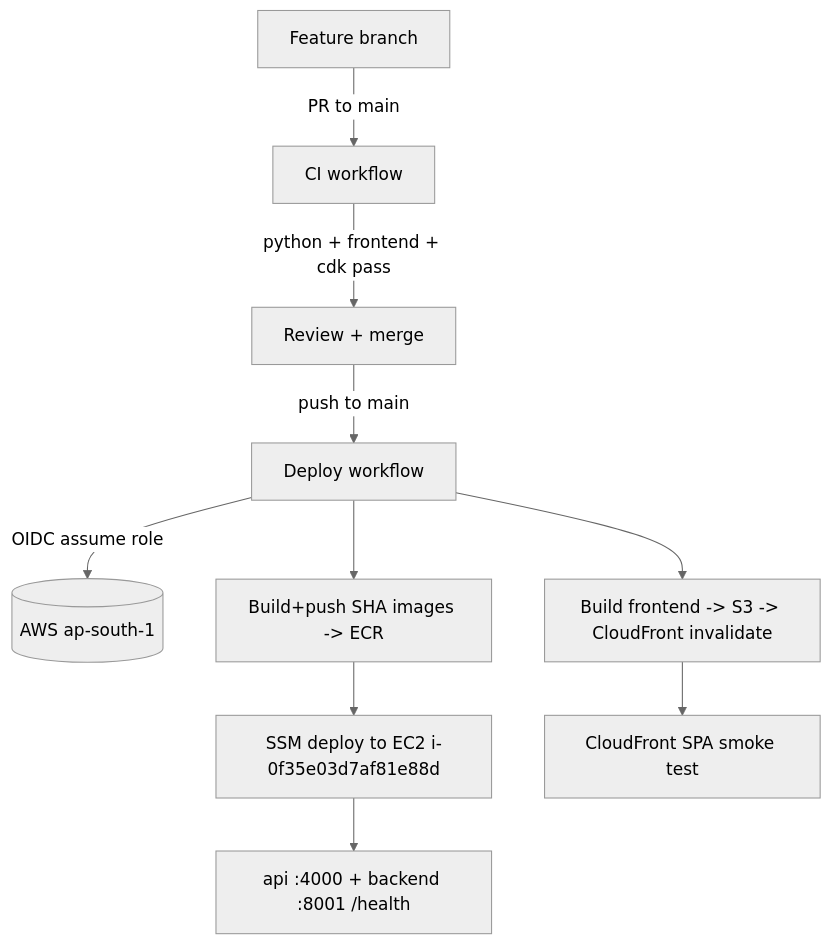
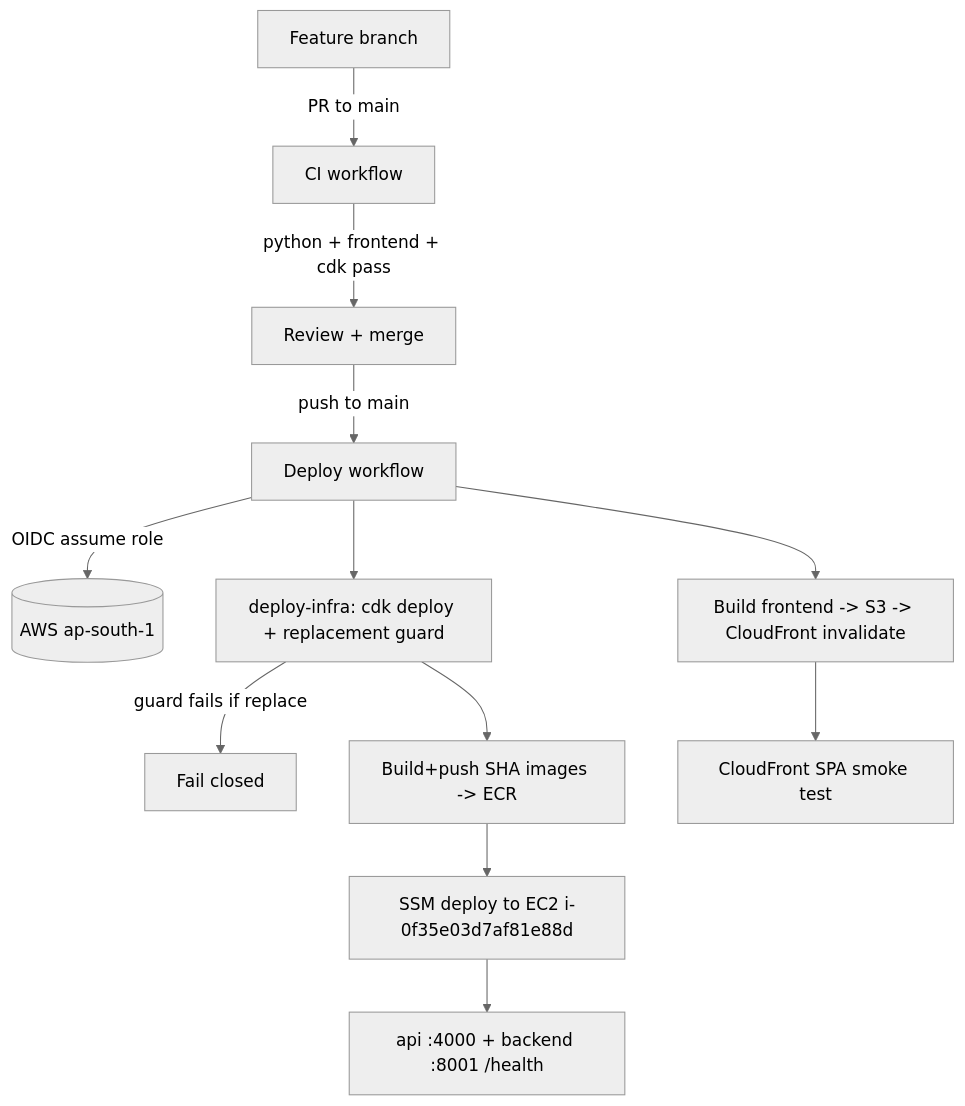
Before and after one commit to ramkrushnazende/ramkrushnazende-cloudnaut-support-desk: the diagram in docs/CI_CD_ARCHITECTURE.md, drawn with Mermaid (neutral theme). The commit also changed other lines of this file and 24 other files, not shown here.

````diff
--- a/docs/CI_CD_ARCHITECTURE.md
+++ b/docs/CI_CD_ARCHITECTURE.md
@@ -7,12 +7,14 @@
 ```mermaid
 flowchart TD
     Dev[Feature branch] -->|PR to main| CI[CI workflow]
     CI -->|python + frontend + cdk pass| Review[Review + merge]
     Review -->|push to main| CD[Deploy workflow]
     CD -->|OIDC assume role| AWS[(AWS ap-south-1)]
-    CD --> ECR[Build+push SHA images -> ECR]
+    CD --> INFRA[deploy-infra: cdk deploy + replacement guard]
+    INFRA -->|guard fails if replace| STOP[Fail closed]
+    INFRA --> ECR[Build+push SHA images -> ECR]
     ECR --> SSM[SSM deploy to EC2 i-0f35e03d7af81e88d]
     SSM --> HealthB[api :4000 + backend :8001 /health]
     CD --> FE[Build frontend -> S3 -> CloudFront invalidate]
     FE --> HealthF[CloudFront SPA smoke test]
 ```
````
